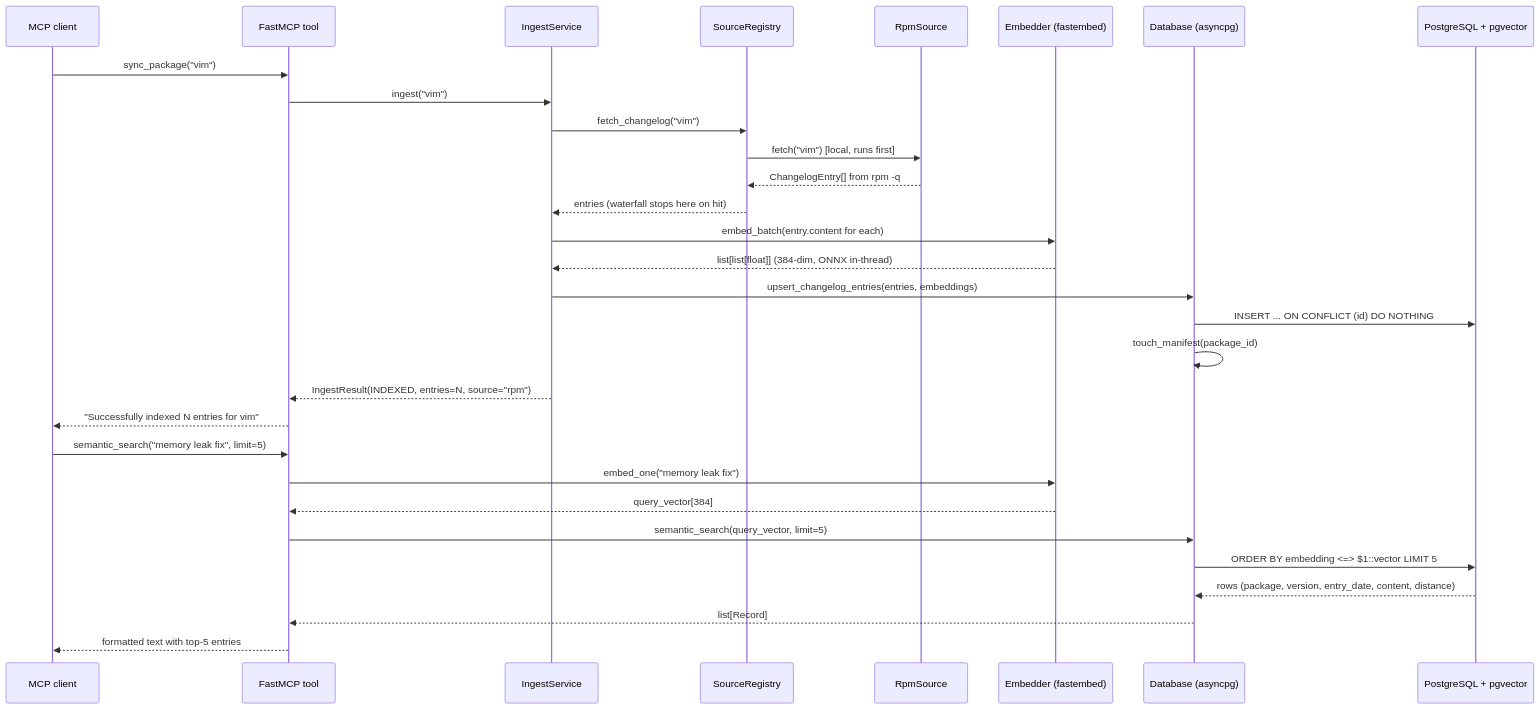
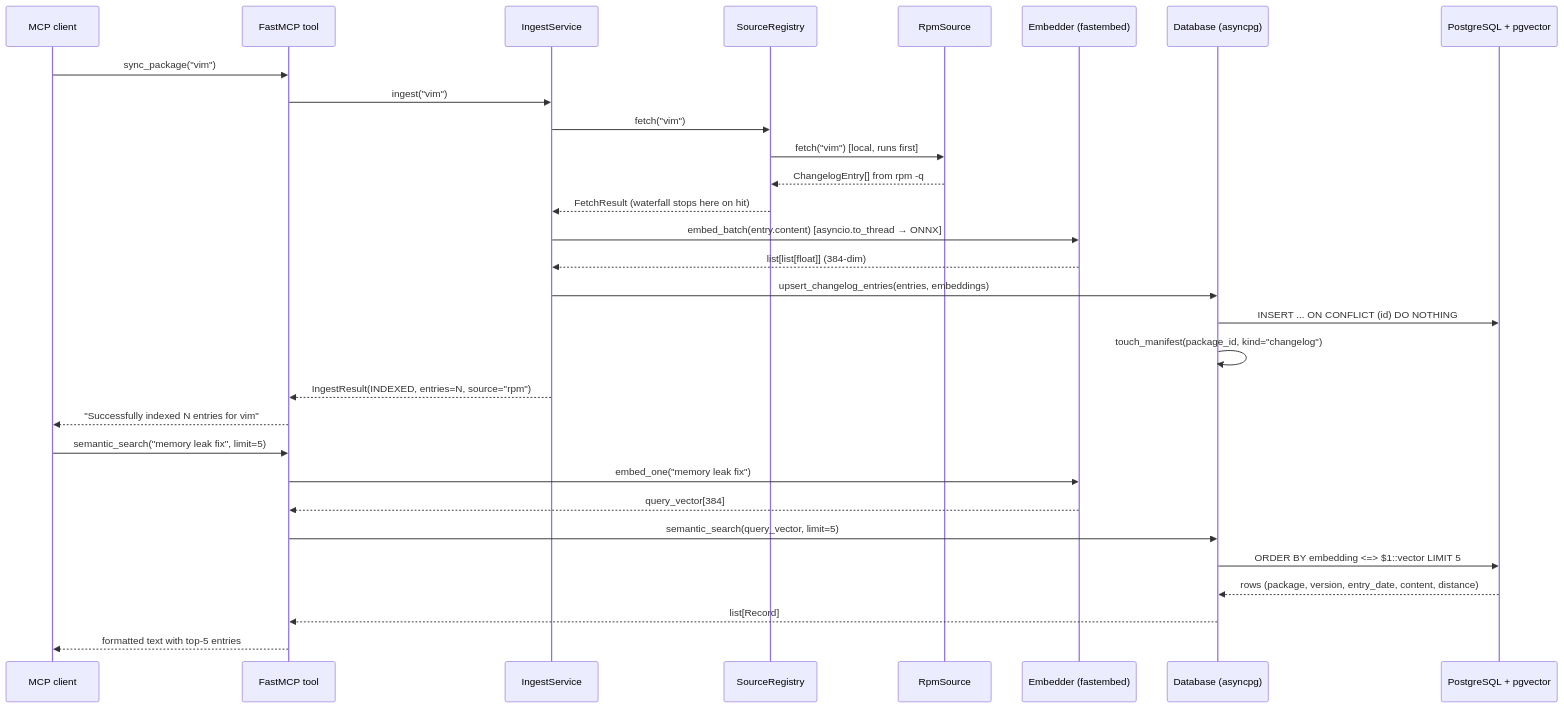
The first of 2 diagrams in docs/architecture.md (ilmanzo/changelog-poc), drawn with Mermaid before and after one commit. The commit also changed other lines of this file and 3 other files, not shown here.

First line of the commit message:
feat(config): load .env file via pydantic-settings; refresh architecture doc

````diff
--- a/docs/architecture.md
+++ b/docs/architecture.md
@@ -86,34 +105,34 @@
 ```mermaid
 sequenceDiagram
     participant C as MCP client
     participant T as FastMCP tool
     participant I as IngestService
     participant SR as SourceRegistry
     participant RS as RpmSource
     participant E as Embedder (fastembed)
     participant DB as Database (asyncpg)
     participant PG as PostgreSQL + pgvector
 
     C->>T: sync_package("vim")
     T->>I: ingest("vim")
-    I->>SR: fetch_changelog("vim")
+    I->>SR: fetch("vim")
     SR->>RS: fetch("vim")   [local, runs first]
     RS-->>SR: ChangelogEntry[] from rpm -q
-    SR-->>I: entries (waterfall stops here on hit)
-    I->>E: embed_batch(entry.content for each)
-    E-->>I: list[list[float]]  (384-dim, ONNX in-thread)
+    SR-->>I: FetchResult (waterfall stops here on hit)
+    I->>E: embed_batch(entry.content)   [asyncio.to_thread → ONNX]
+    E-->>I: list[list[float]]  (384-dim)
     I->>DB: upsert_changelog_entries(entries, embeddings)
     DB->>PG: INSERT ... ON CONFLICT (id) DO NOTHING
-    DB->>DB: touch_manifest(package_id)
+    DB->>DB: touch_manifest(package_id, kind="changelog")
     I-->>T: IngestResult(INDEXED, entries=N, source="rpm")
     T-->>C: "Successfully indexed N entries for vim"
 
     C->>T: semantic_search("memory leak fix", limit=5)
     T->>E: embed_one("memory leak fix")
     E-->>T: query_vector[384]
     T->>DB: semantic_search(query_vector, limit=5)
     DB->>PG: ORDER BY embedding <=> $1::vector LIMIT 5
     PG-->>DB: rows (package, version, entry_date, content, distance)
     DB-->>T: list[Record]
     T-->>C: formatted text with top-5 entries
 ```
````
